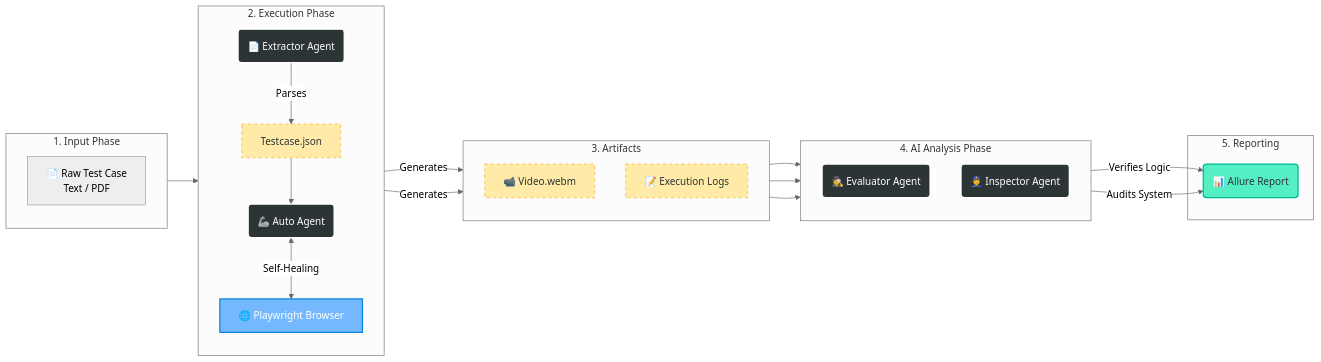
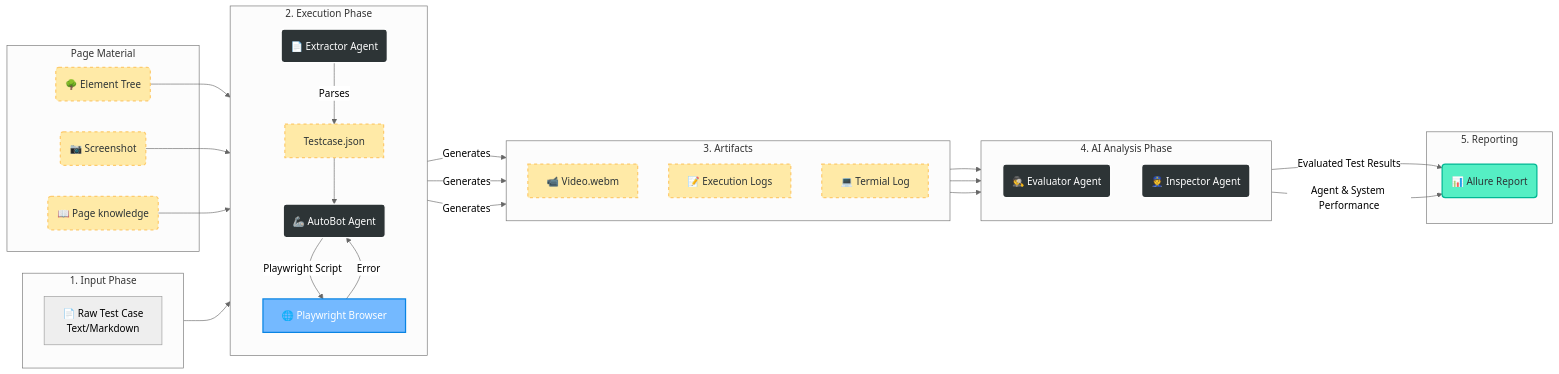
One commit to tienpham93/AutoAgent changed the diagram in README.md. Above: the diagram before and after it, drawn with Mermaid (neutral theme). The commit also changed other lines of this file, not shown here.

Commit message:
update Diagram

`````diff
--- a/README.md
+++ b/README.md
@@ -6,52 +6,67 @@
 ````mermaid
 flowchart LR
     %% Styles
     classDef agent fill:#2d3436,stroke:#fff,stroke-width:2px,color:#fff,rx:5px,ry:5px;
     classDef artifact fill:#ffeaa7,stroke:#fdcb6e,stroke-width:2px,color:#2d3436,stroke-dasharray: 5 5;
     classDef external fill:#74b9ff,stroke:#0984e3,stroke-width:2px,color:#fff;
     classDef report fill:#55efc4,stroke:#00b894,stroke-width:2px,color:#2d3436;
 
     subgraph Inputs ["1. Input Phase"]
         direction TB
-        RawTest[📄 Raw Test Case<br/>Text / PDF]
+        RawTest[📄 Raw Test Case<br/>Text/Markdown]
     end
 
     subgraph Execution ["2. Execution Phase"]
         direction TB
         Extractor(📄 Extractor Agent):::agent
         JsonSteps[Testcase.json]:::artifact
-        AutoAgent(🦾 Auto Agent):::agent
+        AutoAgent(🦾 AutoBot Agent):::agent
         Browser[🌐 Playwright Browser]:::external
+    end
+
+    subgraph Input ["Page Material"]
+        ElementTree(🌳 Element Tree):::artifact
+        Screenshot(📷 Screenshot):::artifact
+        PageKnowledge(📖 Page knowledge):::artifact
     end
 
     subgraph Artifacts ["3. Artifacts"]
         direction TB
         Video[📹 Video.webm]:::artifact
         Logs[📝 Execution Logs]:::artifact
+        TermialLogs[💻 Termial Log]:::artifact
     end
 
     subgraph Analysis ["4. AI Analysis Phase"]
         direction TB
         Evaluator(🕵️ Evaluator Agent):::agent
         Inspector(👮 Inspector Agent):::agent
     end
 
     subgraph Output ["5. Reporting"]
         Allure(📊 Allure Report):::report
     end
 
     %% Connections
     RawTest --> Extractor
     Extractor -->|Parses| JsonSteps
+
     JsonSteps --> AutoAgent
-    AutoAgent <-->|Self-Healing| Browser
+    ElementTree --> AutoAgent
+    Screenshot --> AutoAgent
+    PageKnowledge --> AutoAgent
+
+    AutoAgent -->|Playwright Script| Browser
+    Browser -->|Error| AutoAgent
+
     AutoAgent -->|Generates| Video
     AutoAgent -->|Generates| Logs
-    
+    AutoAgent -->|Generates| TermialLogs
+
     Video --> Evaluator
     Logs --> Evaluator
-    Logs --> Inspector
+    TermialLogs --> Inspector
 
-    Evaluator -->|Verifies Logic| Allure
-    Inspector -->|Audits System| Allure
+    Evaluator -->|Evaluated Test Results| Allure
+    Inspector -->|Agent & System Performance| Allure
 ````
`````
